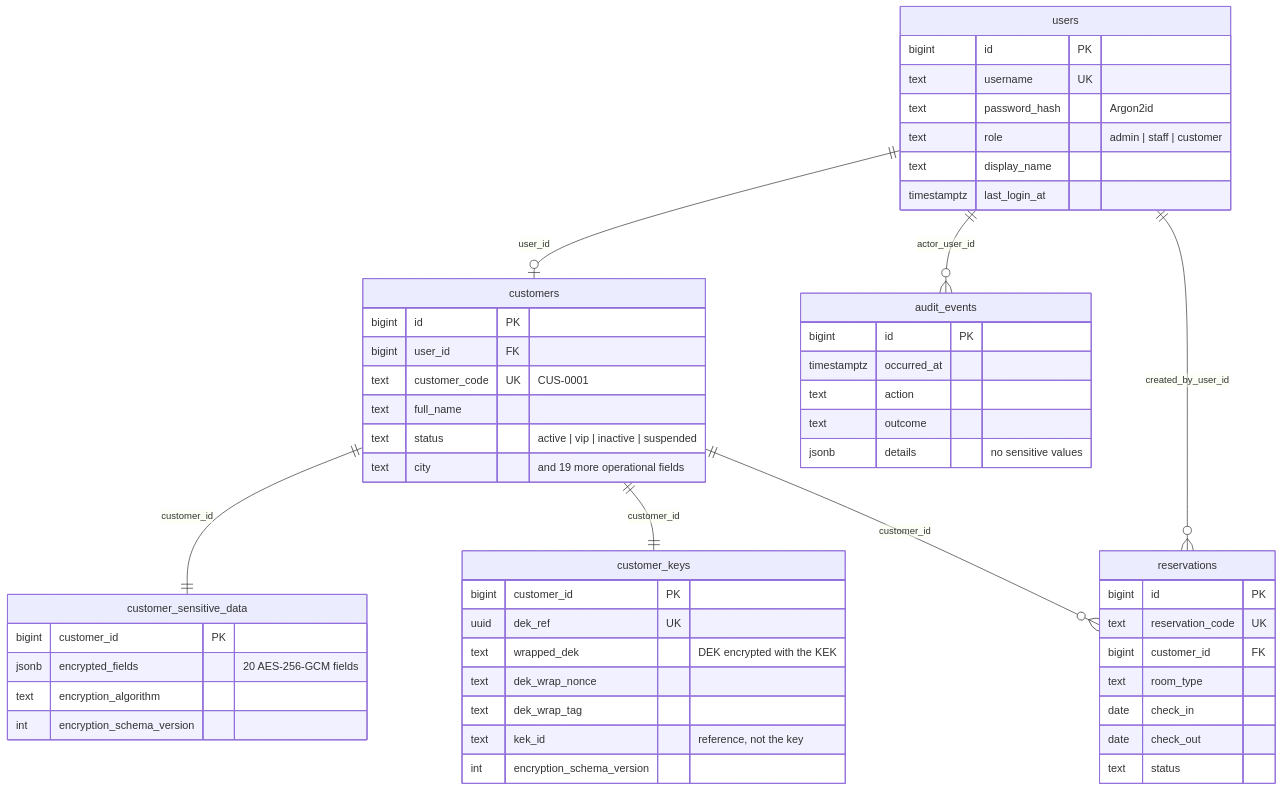
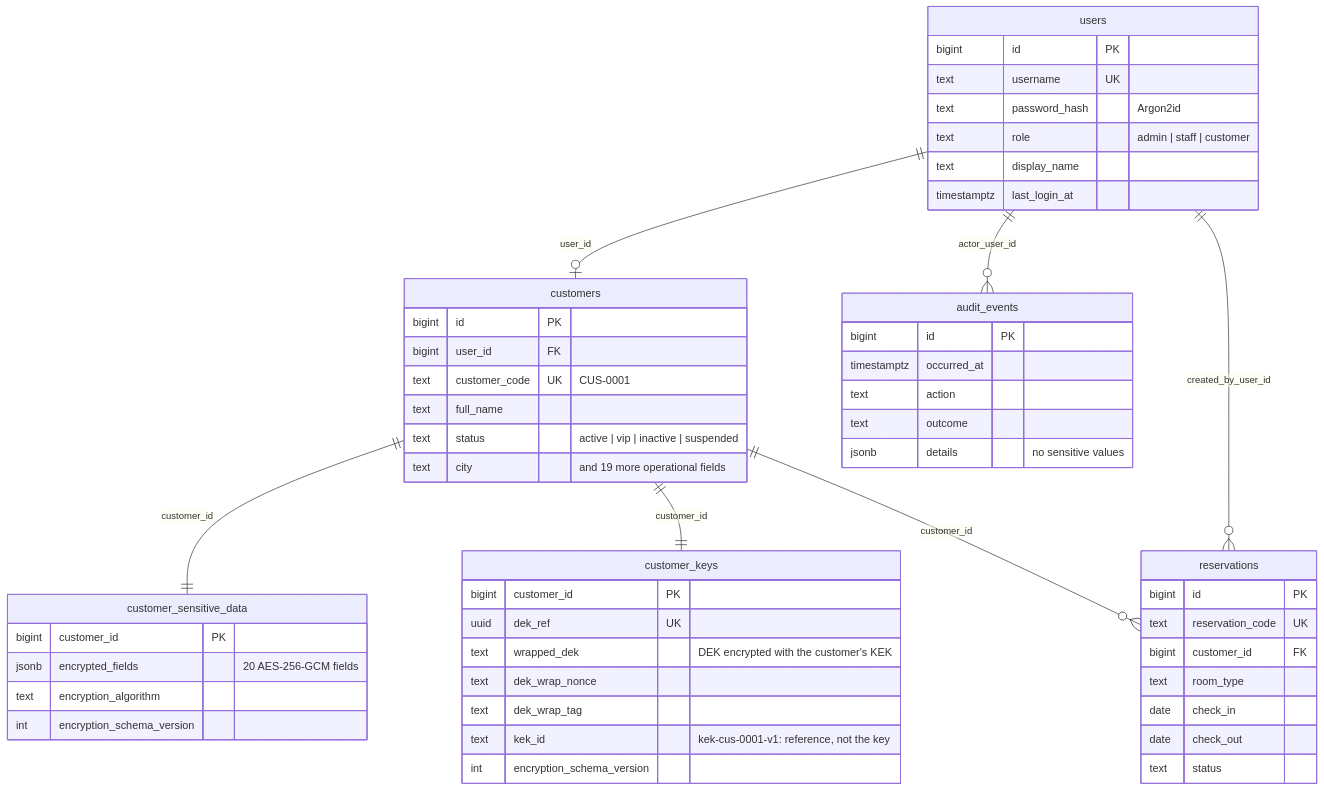
The third of 4 diagrams in README.md (lccjavo/cetys-unit4-disaster-recovery-lab), drawn with Mermaid before and after one commit. The commit also changed other lines of this file and 27 other files, not shown here.

````diff
--- a/README.md
+++ b/README.md
@@ -652,57 +666,57 @@
 ```mermaid
 erDiagram
   users ||--o| customers : "user_id"
   customers ||--|| customer_sensitive_data : "customer_id"
   customers ||--|| customer_keys : "customer_id"
   customers ||--o{ reservations : "customer_id"
   users ||--o{ audit_events : "actor_user_id"
   users ||--o{ reservations : "created_by_user_id"
 
   users {
     bigint id PK
     text username UK
     text password_hash "Argon2id"
     text role "admin | staff | customer"
     text display_name
     timestamptz last_login_at
   }
   customers {
     bigint id PK
     bigint user_id FK
     text customer_code UK "CUS-0001"
     text full_name
     text status "active | vip | inactive | suspended"
     text city "and 19 more operational fields"
   }
   customer_sensitive_data {
     bigint customer_id PK
     jsonb encrypted_fields "20 AES-256-GCM fields"
     text encryption_algorithm
     int encryption_schema_version
   }
   customer_keys {
     bigint customer_id PK
     uuid dek_ref UK
-    text wrapped_dek "DEK encrypted with the KEK"
+    text wrapped_dek "DEK encrypted with the customer's KEK"
     text dek_wrap_nonce
     text dek_wrap_tag
-    text kek_id "reference, not the key"
+    text kek_id "kek-cus-0001-v1: reference, not the key"
     int encryption_schema_version
   }
   reservations {
     bigint id PK
     text reservation_code UK
     bigint customer_id FK
     text room_type
     date check_in
     date check_out
     text status
   }
   audit_events {
     bigint id PK
     timestamptz occurred_at
     text action
     text outcome
     jsonb details "no sensitive values"
   }
 ```
````
